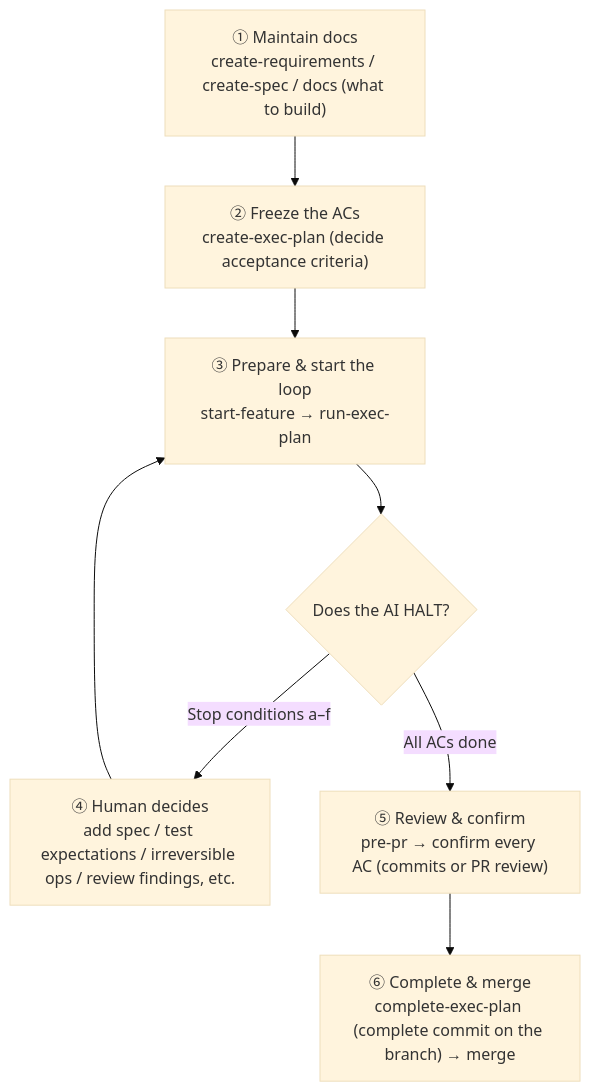
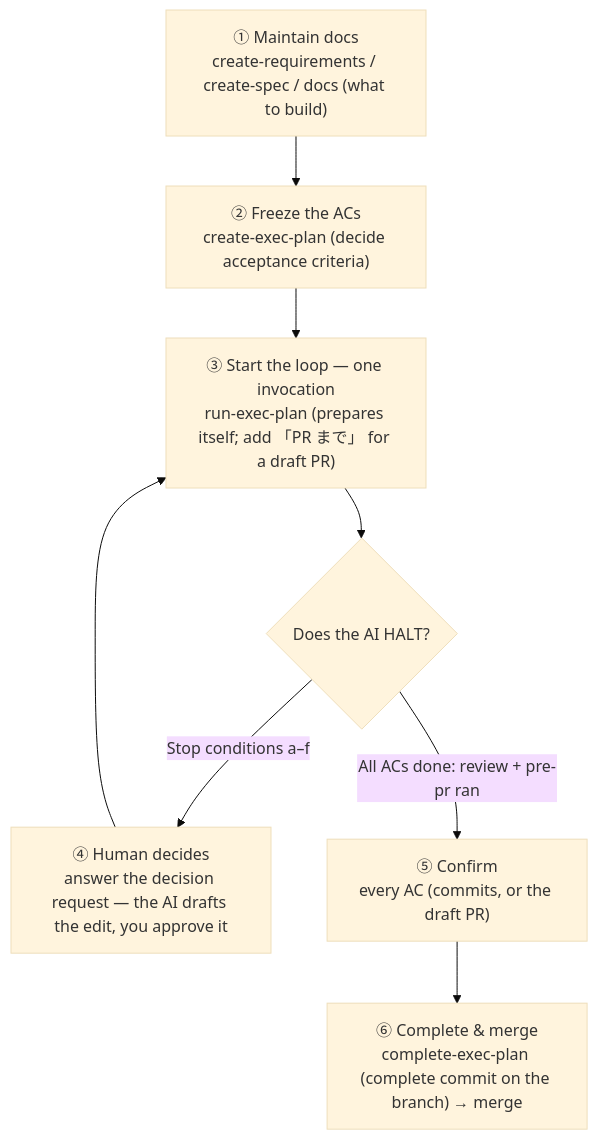
One commit to aki-senri/DocDDTemplate changed the diagram in ONBOARDING.md. Above: the diagram before and after it, drawn with Mermaid (base theme). The commit also changed other lines of this file and 16 other files, not shown here.

````diff
--- a/ONBOARDING.md
+++ b/ONBOARDING.md
@@ -333,11 +333,11 @@
 ```mermaid
 flowchart TD
     A["① Maintain docs<br/>create-requirements / create-spec / docs (what to build)"] --> B
     B["② Freeze the ACs<br/>create-exec-plan (decide acceptance criteria)"] --> C
-    C["③ Prepare & start the loop<br/>start-feature → run-exec-plan"]
+    C["③ Start the loop — one invocation<br/>run-exec-plan (prepares itself; add 「PR まで」 for a draft PR)"]
     C --> D{Does the AI HALT?}
-    D -->|Stop conditions a–f| E["④ Human decides<br/>add spec / test expectations / irreversible ops / review findings, etc."]
+    D -->|Stop conditions a–f| E["④ Human decides<br/>answer the decision request — the AI drafts the edit, you approve it"]
     E --> C
-    D -->|All ACs done| F["⑤ Review & confirm<br/>pre-pr → confirm every AC (commits or PR review)"]
+    D -->|All ACs done: review + pre-pr ran| F["⑤ Confirm<br/>every AC (commits, or the draft PR)"]
     F --> G["⑥ Complete & merge<br/>complete-exec-plan (complete commit on the branch) → merge"]
 ```
````
